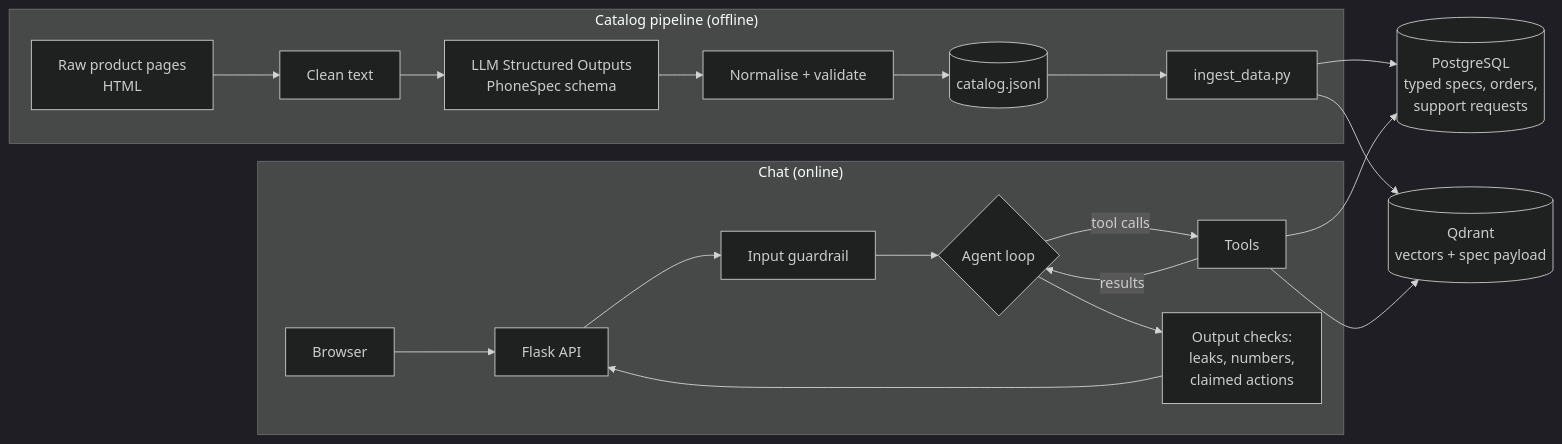
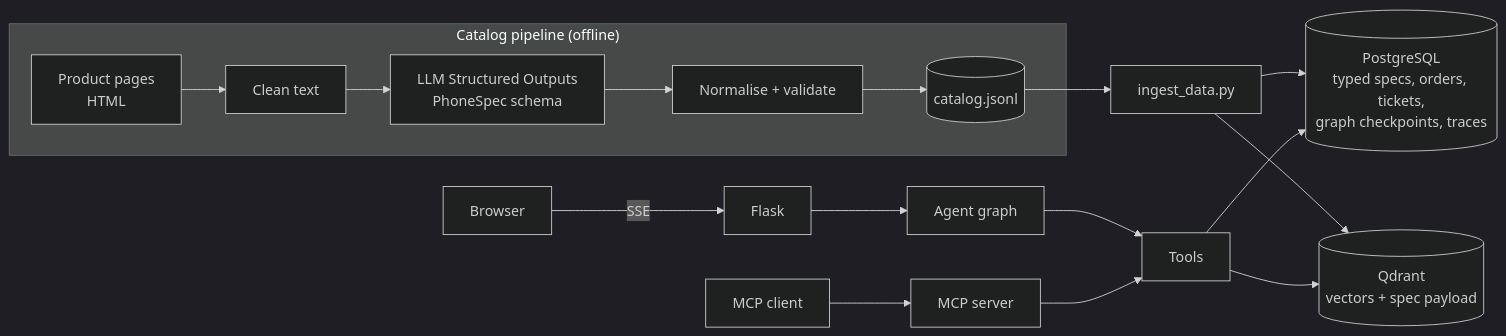
One commit to duyle215/shopping-assistant-agent changed the second of 2 diagrams in README.md. Above: the diagram before and after it, drawn with Mermaid (dark theme). The commit also changed other lines of this file and 5 other files, not shown here.

````diff
--- a/README.md
+++ b/README.md
@@ -32,25 +75,17 @@
 ```mermaid
 flowchart LR
     subgraph Offline["Catalog pipeline (offline)"]
-        P[Raw product pages<br/>HTML] --> C[Clean text]
+        P[Product pages<br/>HTML] --> C[Clean text]
         C --> X[LLM Structured Outputs<br/>PhoneSpec schema]
         X --> N[Normalise + validate]
         N --> J[(catalog.jsonl)]
-        J --> I[ingest_data.py]
     end
-
-    subgraph Online["Chat (online)"]
-        U[Browser] --> F[Flask API]
-        F --> G1[Input guardrail]
-        G1 --> L{Agent loop}
-        L -->|tool calls| T[Tools]
-        T -->|results| L
-        L --> G2[Output checks:<br/>leaks, numbers,<br/>claimed actions]
-        G2 --> F
-    end
-
-    I --> PG[(PostgreSQL<br/>typed specs, orders,<br/>support requests)]
+    J --> I[ingest_data.py]
+    I --> PG[(PostgreSQL<br/>typed specs, orders, tickets,<br/>graph checkpoints, traces)]
     I --> Q[(Qdrant<br/>vectors + spec payload)]
+    U[Browser] -->|SSE| F[Flask] --> G[Agent graph]
+    G --> T[Tools]
     T --> PG
     T --> Q
+    M[MCP client] --> MS[MCP server] --> T
 ```
````
